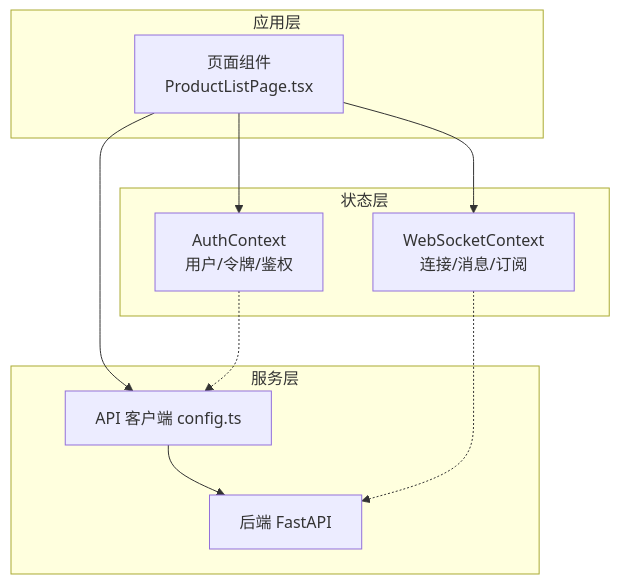
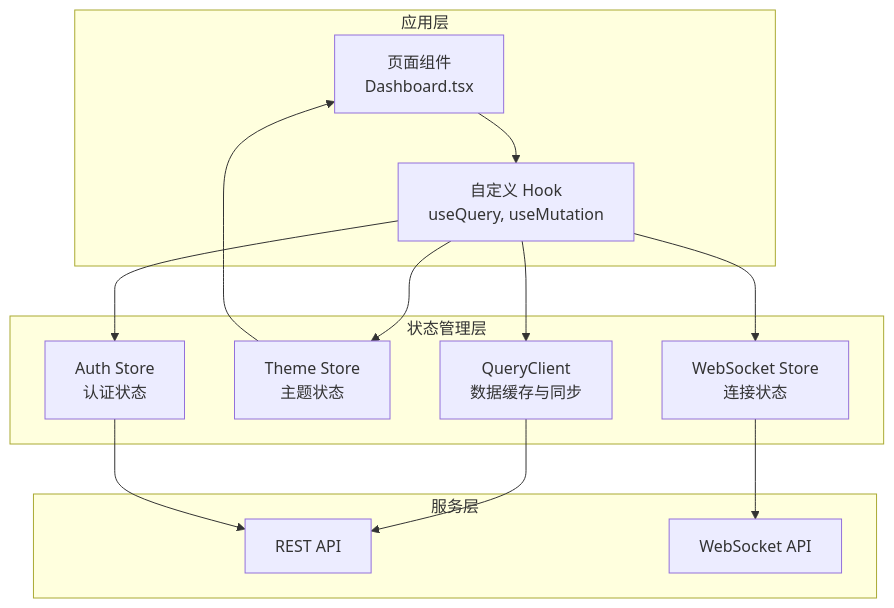
One commit to angledick/- changed the second of 8 diagrams in .qoder/repowiki/zh/content/前端应用架构/状态管理.md. Above: the diagram before and after it, drawn with Mermaid. The commit also changed other lines of this file and 770 other files, not shown here.

````diff
--- a/.qoder/repowiki/zh/content/前端应用架构/状态管理.md
+++ b/.qoder/repowiki/zh/content/前端应用架构/状态管理.md
@@ -90,20 +109,26 @@
 ```mermaid
 graph TB
 subgraph "应用层"
-UI["页面组件<br/>ProductListPage.tsx"]
+UI["页面组件<br/>Dashboard.tsx"]
+HOOKS["自定义 Hook<br/>useQuery, useMutation"]
 end
-subgraph "状态层"
-AC["AuthContext<br/>用户/令牌/鉴权"]
-WSC["WebSocketContext<br/>连接/消息/订阅"]
+subgraph "状态管理层"
+QC["QueryClient<br/>数据缓存与同步"]
+THEME["Theme Store<br/>主题状态"]
+AUTH["Auth Store<br/>认证状态"]
+WS["WebSocket Store<br/>连接状态"]
 end
 subgraph "服务层"
-API["API 客户端 config.ts"]
-BE["后端 FastAPI"]
+API["REST API"]
+WS_API["WebSocket API"]
 end
-UI --> AC
-UI --> WSC
-UI --> API
-API --> BE
-AC -.-> API
-WSC -.-> BE
+UI --> HOOKS
+HOOKS --> QC
+HOOKS --> THEME
+HOOKS --> AUTH
+HOOKS --> WS
+QC --> API
+THEME --> UI
+AUTH --> API
+WS --> WS_API
 ```
````
